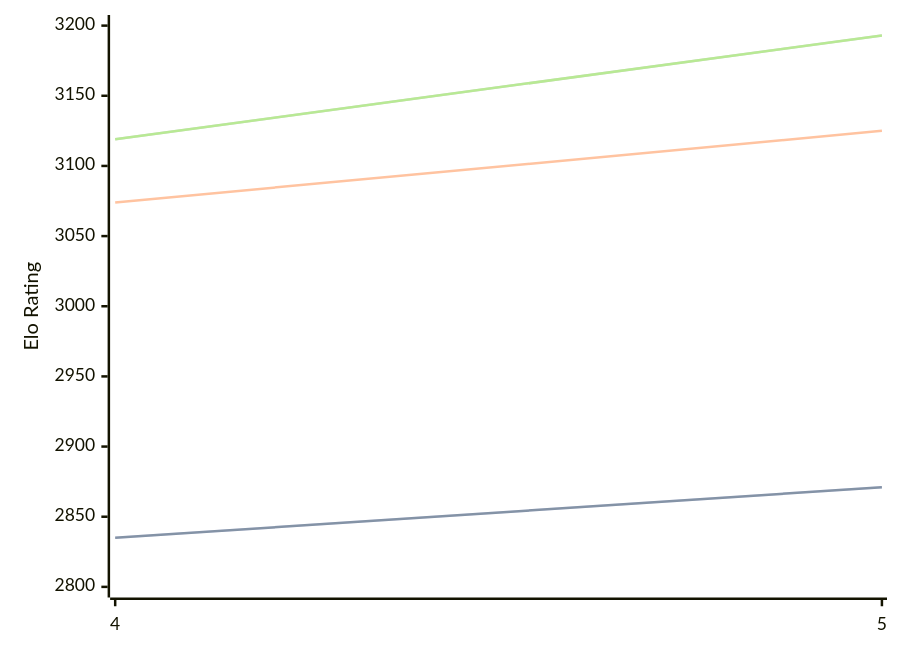
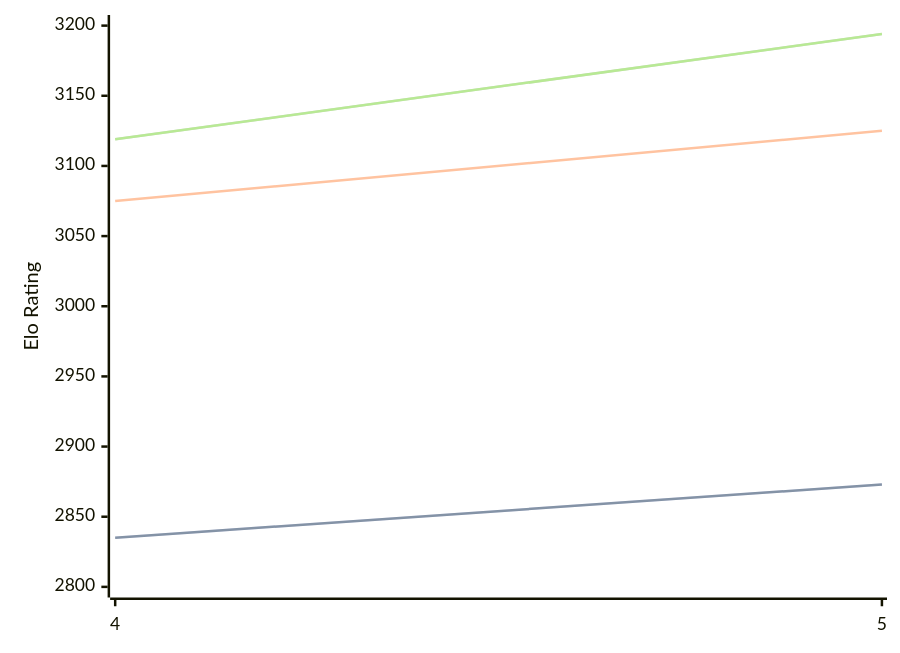
Before and after one commit to computer-chess-index/cci: the third of 3 diagrams in engines/Cwtch.md, drawn with Mermaid. The commit also changed other lines of this file, not shown here.

Commit message:
Update CCI Ratings (ELO VLTC) - 2026-06-23

````diff
--- a/engines/Cwtch.md
+++ b/engines/Cwtch.md
@@ -67,11 +67,11 @@
 ```mermaid
 %%{init: {"theme":"base","themeVariables":{"seriesColors:['#a3a3a3','#222221','#faa371']}}}%%
 xychart-beta
   x-axis ["4", "5"]
   y-axis "Elo Rating" 2800 --> 3200
-  line "STC (8.0+0.08s)" [2835, 2871]
-  line "STC (8.0+0.08s)" [2835, 2871]
-  line "LTC (60.0+0.60s)" [3074, 3125]
-  line "VLTC (2m24s+1.12s)" [3119, 3193]
-  line "VLTC (2m24s+1.12s)" [3119, 3193]
+  line "STC (8.0+0.08s)" [2835, 2873]
+  line "STC (8.0+0.08s)" [2835, 2873]
+  line "LTC (60.0+0.60s)" [3075, 3125]
+  line "VLTC (2m24s+1.12s)" [3119, 3194]
+  line "VLTC (2m24s+1.12s)" [3119, 3194]
 ```
````
